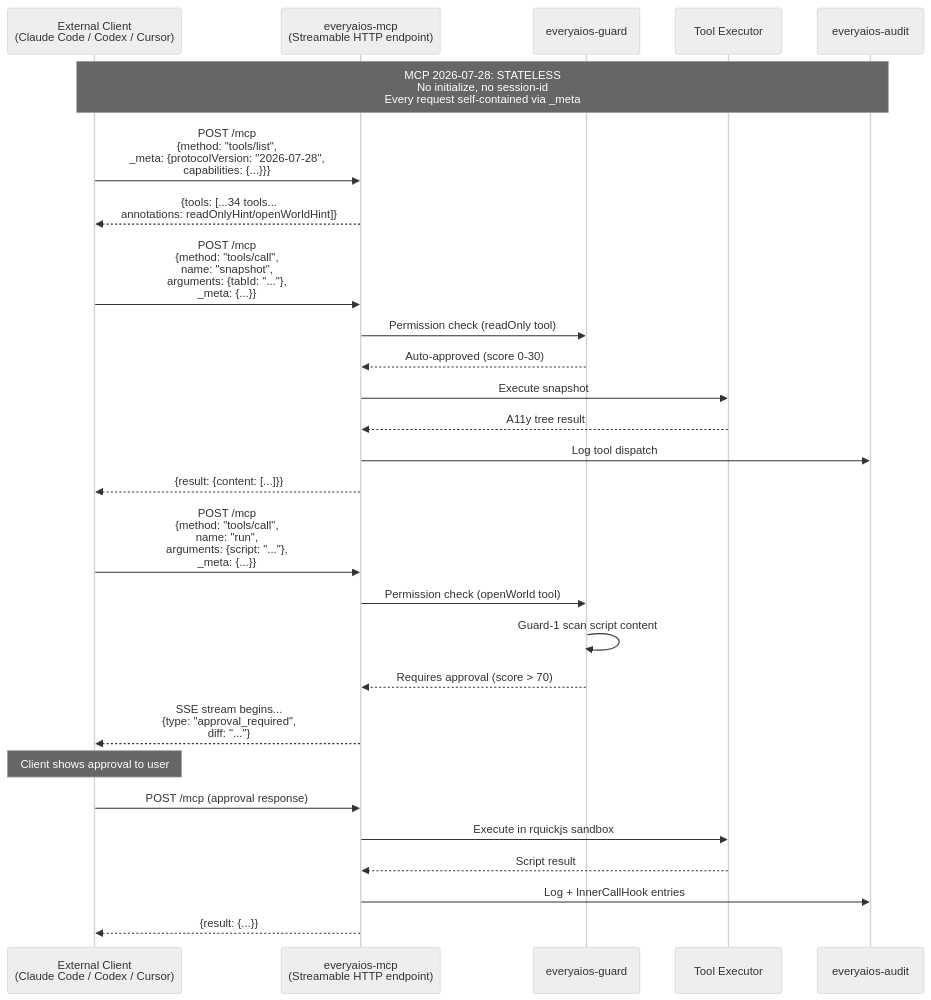
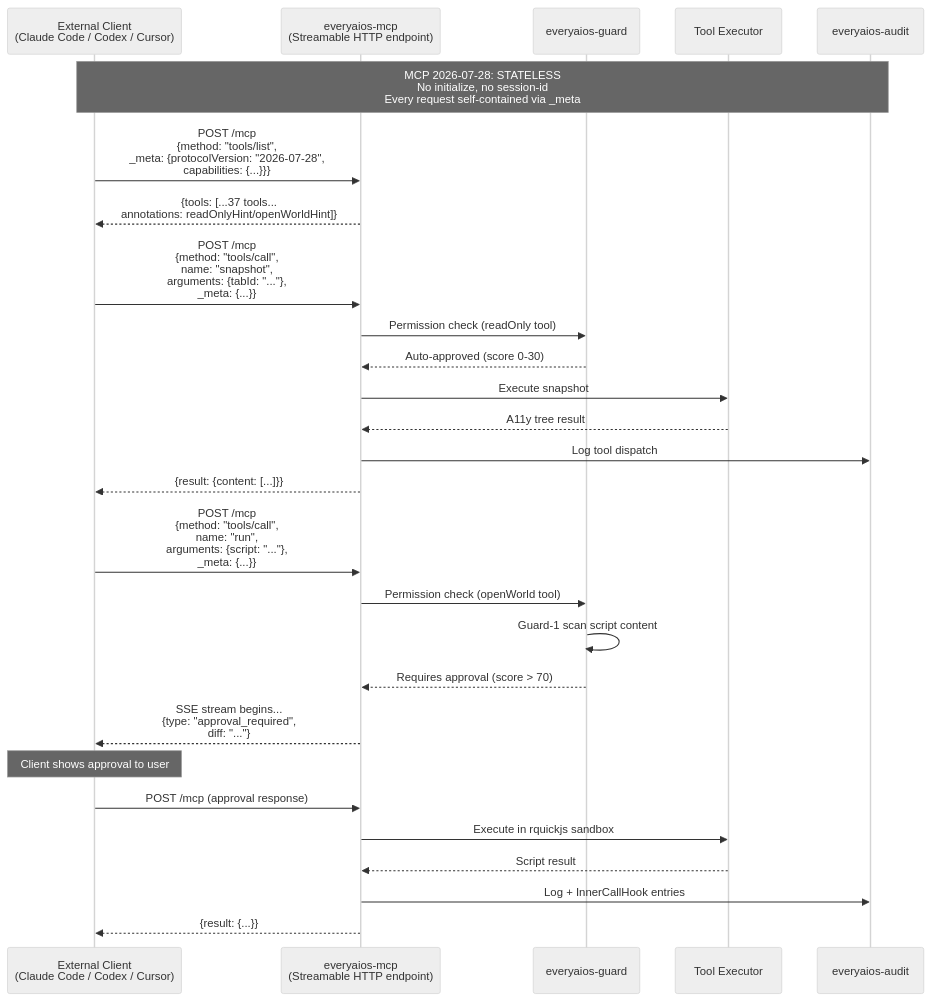
Before and after one commit to sarv-projects/EveryAIOS: diagram 18 of 24 in ARCH/DIAGRAMS.md, drawn with Mermaid (neutral theme). The commit also changed other lines of this file and 33 other files, not shown here.

````diff
--- a/ARCH/DIAGRAMS.md
+++ b/ARCH/DIAGRAMS.md
@@ -691,33 +693,33 @@
 ```mermaid
 sequenceDiagram
     participant Client as External Client<br/>(Claude Code / Codex / Cursor)
     participant MCP as everyaios-mcp<br/>(Streamable HTTP endpoint)
     participant Guard as everyaios-guard
     participant Tools as Tool Executor
     participant Audit as everyaios-audit
 
     Note over Client,Audit: MCP 2026-07-28: STATELESS<br/>No initialize, no session-id<br/>Every request self-contained via _meta
 
     Client->>MCP: POST /mcp<br/>{method: "tools/list",<br/>_meta: {protocolVersion: "2026-07-28",<br/>capabilities: {...}}}
-    MCP-->>Client: {tools: [...34 tools...<br/>annotations: readOnlyHint/openWorldHint]}
+    MCP-->>Client: {tools: [...37 tools...<br/>annotations: readOnlyHint/openWorldHint]}
 
     Client->>MCP: POST /mcp<br/>{method: "tools/call",<br/>name: "snapshot",<br/>arguments: {tabId: "..."},<br/>_meta: {...}}
     MCP->>Guard: Permission check (readOnly tool)
     Guard-->>MCP: Auto-approved (score 0-30)
     MCP->>Tools: Execute snapshot
     Tools-->>MCP: A11y tree result
     MCP->>Audit: Log tool dispatch
     MCP-->>Client: {result: {content: [...]}}
 
     Client->>MCP: POST /mcp<br/>{method: "tools/call",<br/>name: "run",<br/>arguments: {script: "..."},<br/>_meta: {...}}
     MCP->>Guard: Permission check (openWorld tool)
     Guard->>Guard: Guard-1 scan script content
     Guard-->>MCP: Requires approval (score > 70)
     MCP-->>Client: SSE stream begins...<br/>{type: "approval_required",<br/>diff: "..."}
     Note over Client: Client shows approval to user
     Client->>MCP: POST /mcp (approval response)
     MCP->>Tools: Execute in rquickjs sandbox
     Tools-->>MCP: Script result
     MCP->>Audit: Log + InnerCallHook entries
     MCP-->>Client: {result: {...}}
 ```
````
